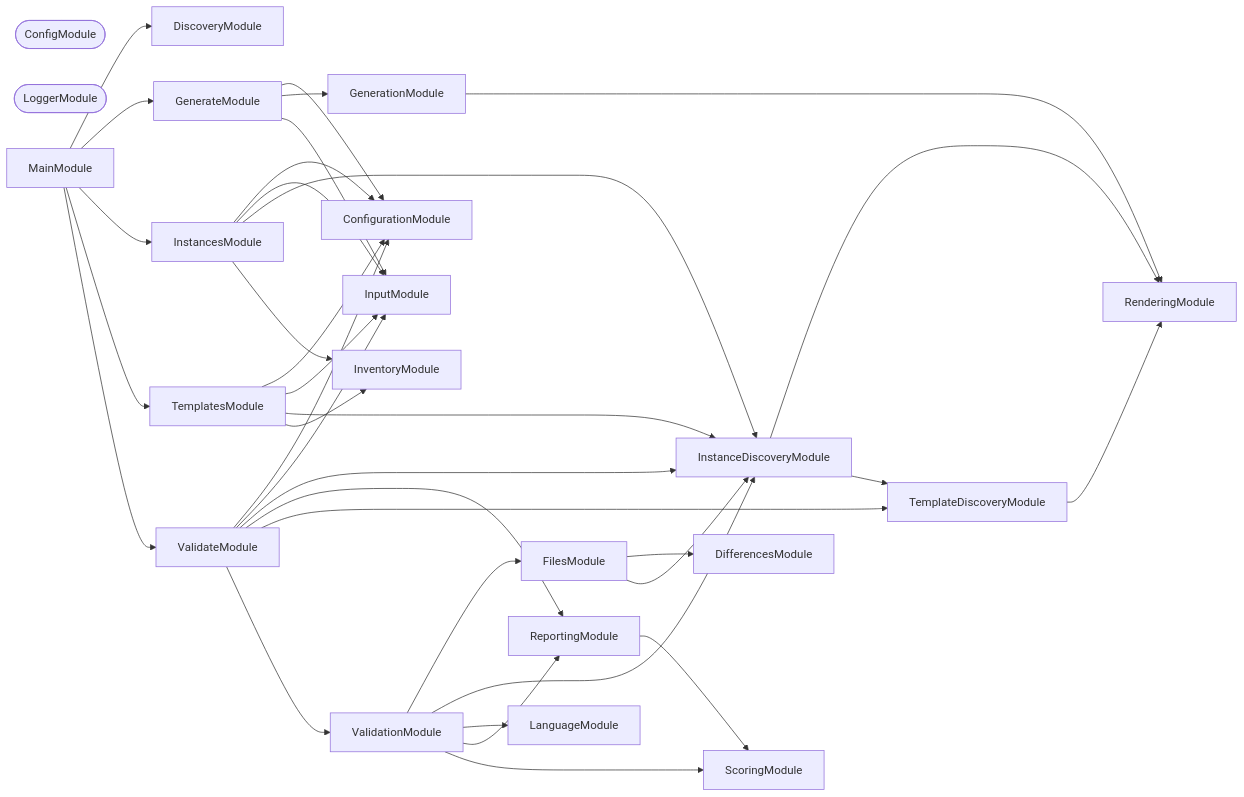
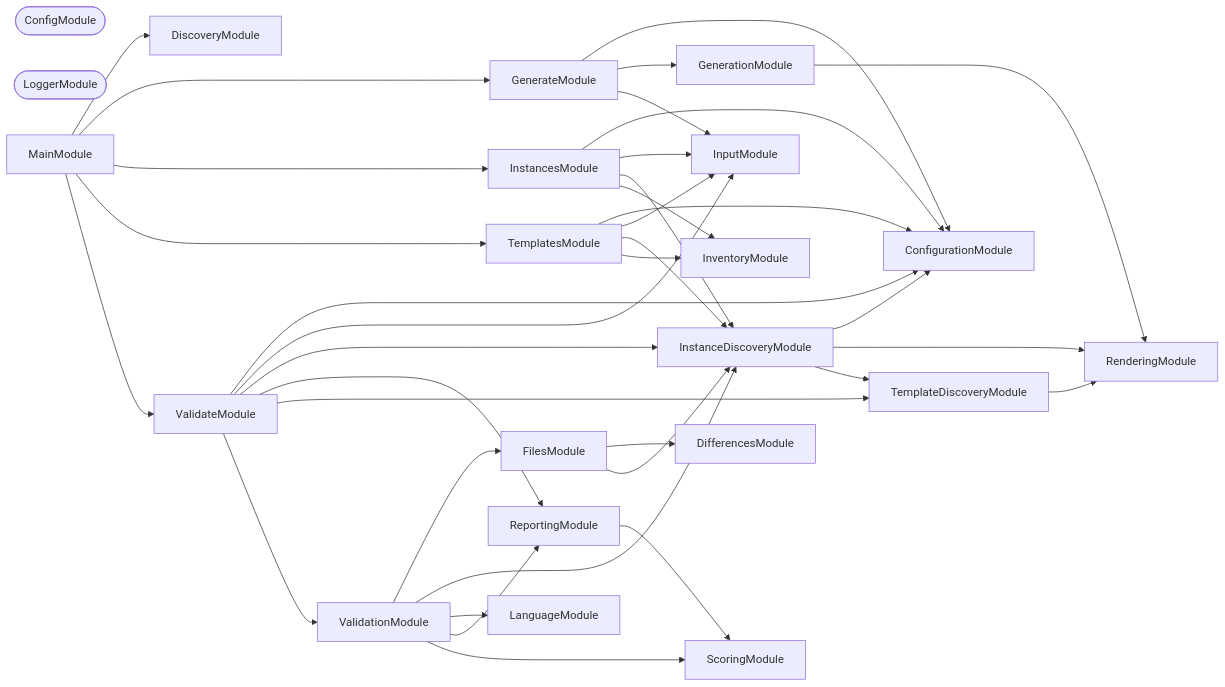
One commit to JimmyPaolini/codebase changed the second of 3 diagrams in packages/conformetry-cli/README.md. Above: the diagram before and after it, drawn with Mermaid. The commit also changed 15 other files, not shown here.

````diff
--- a/packages/conformetry-cli/README.md
+++ b/packages/conformetry-cli/README.md
@@ -820,58 +820,59 @@
 ```mermaid
 flowchart LR
   ConfigModule([ConfigModule])
   ConfigurationModule
   DifferencesModule
   DiscoveryModule
   FilesModule
   GenerateModule
   GenerationModule
   InputModule
   InstanceDiscoveryModule
   InstancesModule
   InventoryModule
   LanguageModule
   LoggerModule([LoggerModule])
   MainModule
   RenderingModule
   ReportingModule
   ScoringModule
   TemplateDiscoveryModule
   TemplatesModule
   ValidateModule
   ValidationModule
   FilesModule --> DifferencesModule
   FilesModule --> InstanceDiscoveryModule
   GenerateModule --> ConfigurationModule
   GenerateModule --> GenerationModule
   GenerateModule --> InputModule
   GenerationModule --> RenderingModule
+  InstanceDiscoveryModule --> ConfigurationModule
   InstanceDiscoveryModule --> RenderingModule
   InstanceDiscoveryModule --> TemplateDiscoveryModule
   InstancesModule --> ConfigurationModule
   InstancesModule --> InputModule
   InstancesModule --> InstanceDiscoveryModule
   InstancesModule --> InventoryModule
   MainModule --> DiscoveryModule
   MainModule --> GenerateModule
   MainModule --> InstancesModule
   MainModule --> TemplatesModule
   MainModule --> ValidateModule
   ReportingModule --> ScoringModule
   TemplateDiscoveryModule --> RenderingModule
   TemplatesModule --> ConfigurationModule
   TemplatesModule --> InputModule
   TemplatesModule --> InstanceDiscoveryModule
   TemplatesModule --> InventoryModule
   ValidateModule --> ConfigurationModule
   ValidateModule --> InputModule
   ValidateModule --> InstanceDiscoveryModule
   ValidateModule --> ReportingModule
   ValidateModule --> TemplateDiscoveryModule
   ValidateModule --> ValidationModule
   ValidationModule --> FilesModule
   ValidationModule --> InstanceDiscoveryModule
   ValidationModule --> LanguageModule
   ValidationModule --> ReportingModule
   ValidationModule --> ScoringModule
 ```
````
